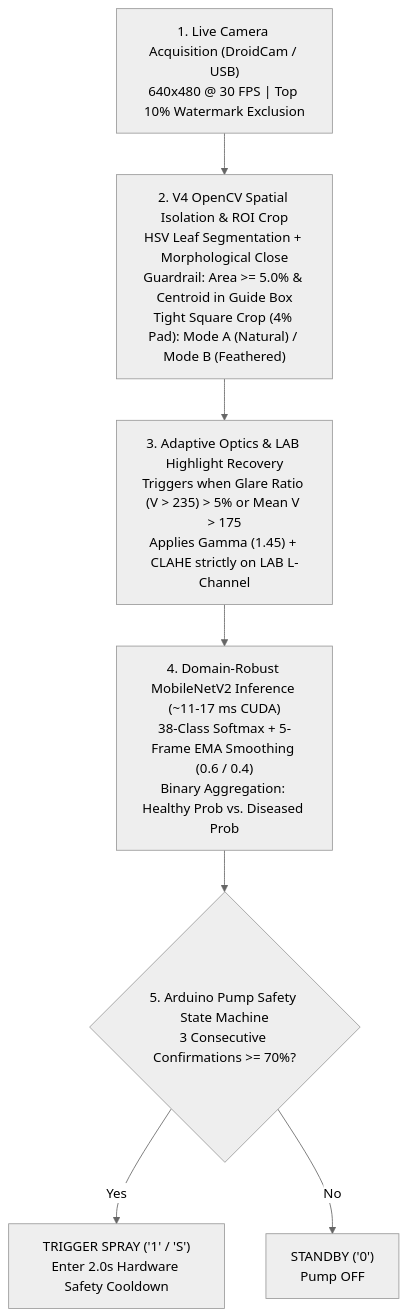
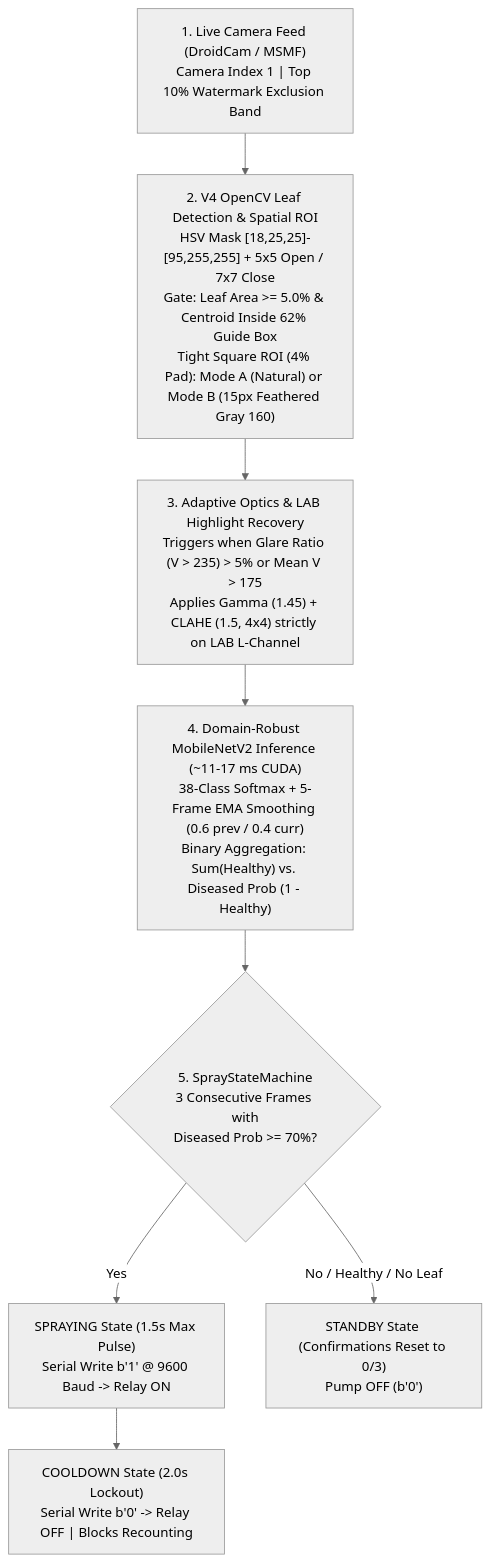
Before and after one commit to Navnith-7/intelligent-pesticide-sprinkling-system: the diagram in README.md, drawn with Mermaid (neutral theme). The commit also changed other lines of this file, not shown here.

Commit message:
docs(readme): add complete 4-stage model progression, SHA-256 split audit, 190-image stress tables, and V4 hardware specs

````diff
--- a/README.md
+++ b/README.md
@@ -26,9 +28,10 @@
 ```mermaid
 flowchart TD
-    A["1. Live Camera Acquisition (DroidCam / USB)<br/>640x480 @ 30 FPS | Top 10% Watermark Exclusion"] --> B["2. V4 OpenCV Spatial Isolation & ROI Crop<br/>HSV Leaf Segmentation + Morphological Close<br/>Guardrail: Area >= 5.0% & Centroid in Guide Box<br/>Tight Square Crop (4% Pad): Mode A (Natural) / Mode B (Feathered)"]
-    B --> C["3. Adaptive Optics & LAB Highlight Recovery<br/>Triggers when Glare Ratio (V > 235) > 5% or Mean V > 175<br/>Applies Gamma (1.45) + CLAHE strictly on LAB L-Channel"]
-    C --> D["4. Domain-Robust MobileNetV2 Inference (~11-17 ms CUDA)<br/>38-Class Softmax + 5-Frame EMA Smoothing (0.6 / 0.4)<br/>Binary Aggregation: Healthy Prob vs. Diseased Prob"]
-    D --> E{"5. Arduino Pump Safety State Machine<br/>3 Consecutive Confirmations >= 70%?"}
-    E -- "Yes" --> F["TRIGGER SPRAY ('1' / 'S')<br/>Enter 2.0s Hardware Safety Cooldown"]
-    E -- "No" --> G["STANDBY ('0')<br/>Pump OFF"]
+    A["1. Live Camera Feed (DroidCam / MSMF)<br/>Camera Index 1 | Top 10% Watermark Exclusion Band"] --> B["2. V4 OpenCV Leaf Detection & Spatial ROI<br/>HSV Mask [18,25,25]-[95,255,255] + 5x5 Open / 7x7 Close<br/>Gate: Leaf Area >= 5.0% & Centroid Inside 62% Guide Box<br/>Tight Square ROI (4% Pad): Mode A (Natural) or Mode B (15px Feathered Gray 160)"]
+    B --> C["3. Adaptive Optics & LAB Highlight Recovery<br/>Triggers when Glare Ratio (V > 235) > 5% or Mean V > 175<br/>Applies Gamma (1.45) + CLAHE (1.5, 4x4) strictly on LAB L-Channel"]
+    C --> D["4. Domain-Robust MobileNetV2 Inference (~11-17 ms CUDA)<br/>38-Class Softmax + 5-Frame EMA Smoothing (0.6 prev / 0.4 curr)<br/>Binary Aggregation: Sum(Healthy) vs. Diseased Prob (1 - Healthy)"]
+    D --> E{"5. SprayStateMachine<br/>3 Consecutive Frames with<br/>Diseased Prob >= 70%?"}
+    E -- "Yes" --> F["SPRAYING State (1.5s Max Pulse)<br/>Serial Write b'1' @ 9600 Baud -> Relay ON"]
+    F --> G["COOLDOWN State (2.0s Lockout)<br/>Serial Write b'0' -> Relay OFF | Blocks Recounting"]
+    E -- "No / Healthy / No Leaf" --> H["STANDBY State (Confirmations Reset to 0/3)<br/>Pump OFF (b'0')"]
 ```
````
